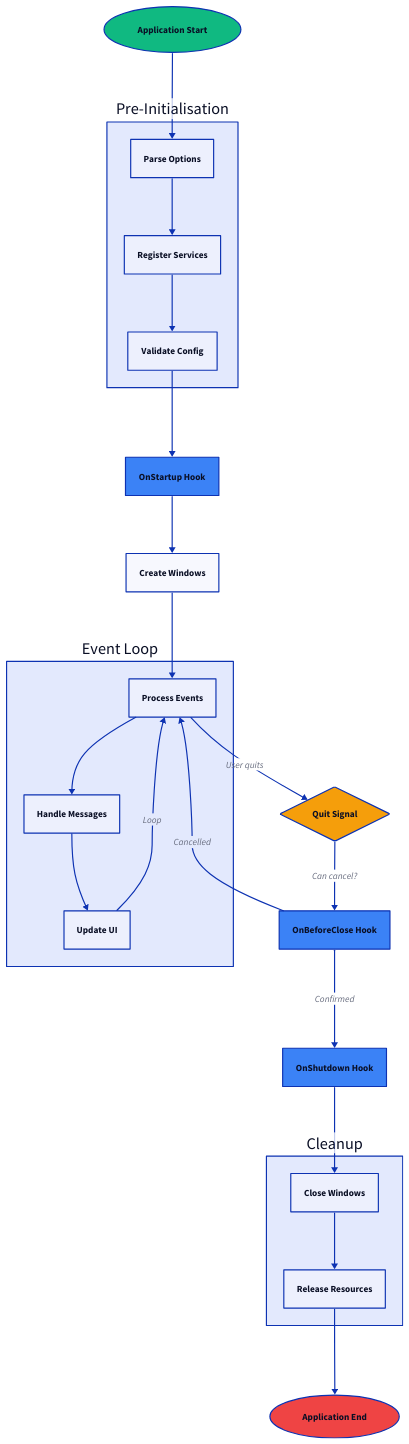
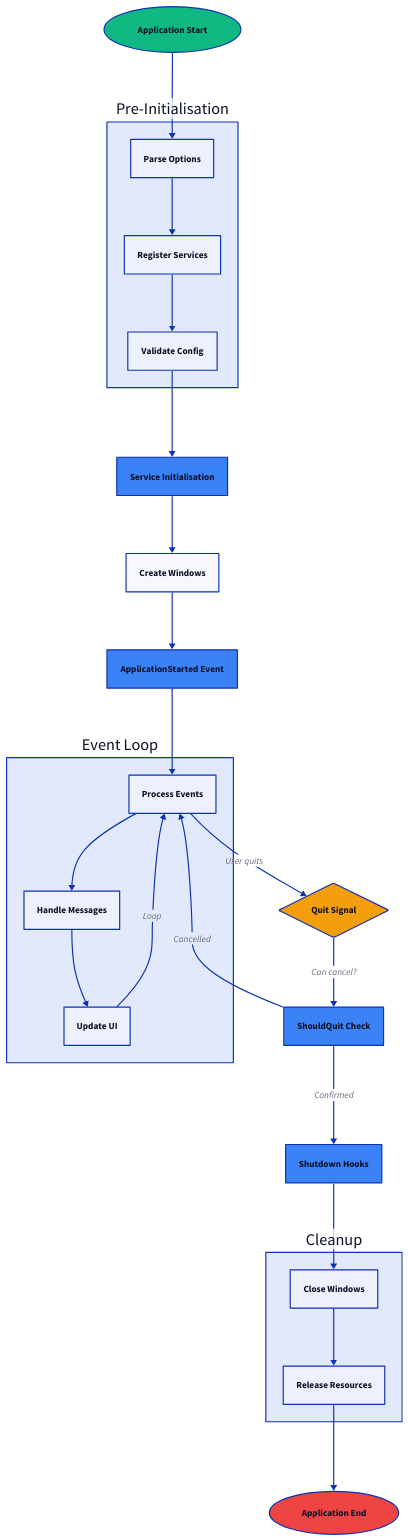
Before and after one commit to wailsapp/wails: the first of 2 diagrams in docs/src/content/docs/concepts/lifecycle.mdx, drawn with D2. The commit also changed other lines of this file and 60 other files, not shown here.

```diff
--- a/docs/src/content/docs/concepts/lifecycle.mdx
+++ b/docs/src/content/docs/concepts/lifecycle.mdx
@@ -33,13 +33,18 @@
   }
 }
 
-OnStartup: "OnStartup Hook" {
+ServiceInit: "Service Initialisation" {
   shape: rectangle
   style.fill: "#3B82F6"
 }
 
 CreateWindows: "Create Windows" {
   shape: rectangle
+}
+
+AppStarted: "ApplicationStarted Event" {
+  shape: rectangle
+  style.fill: "#3B82F6"
 }
 
 EventLoop: "Event Loop" {
@@ -59,12 +64,12 @@
   style.fill: "#F59E0B"
 }
 
-OnBeforeClose: "OnBeforeClose Hook" {
+ShouldQuit: "ShouldQuit Check" {
   shape: rectangle
   style.fill: "#3B82F6"
 }
 
-OnShutdown: "OnShutdown Hook" {
+OnShutdown: "Shutdown Hooks" {
   shape: rectangle
   style.fill: "#3B82F6"
 }
@@ -86,16 +91,17 @@
 Start -> PreInit.Parse
 PreInit.Parse -> PreInit.Register
 PreInit.Register -> PreInit.Validate
-PreInit.Validate -> OnStartup
-OnStartup -> CreateWindows
-CreateWindows -> EventLoop.Process
+PreInit.Validate -> ServiceInit
+ServiceInit -> CreateWindows
+CreateWindows -> AppStarted
+AppStarted -> EventLoop.Process
 EventLoop.Process -> EventLoop.Handle
 EventLoop.Handle -> EventLoop.Update
 EventLoop.Update -> EventLoop.Process: "Loop"
 EventLoop.Process -> QuitSignal: "User quits"
-QuitSignal -> OnBeforeClose: "Can cancel?"
-OnBeforeClose -> EventLoop.Process: "Cancelled"
-OnBeforeClose -> OnShutdown: "Confirmed"
+QuitSignal -> ShouldQuit: "Can cancel?"
+ShouldQuit -> EventLoop.Process: "Cancelled"
+ShouldQuit -> OnShutdown: "Confirmed"
 OnShutdown -> Cleanup.Close
 Cleanup.Close -> Cleanup.Release
 Cleanup.Release -> End
```
